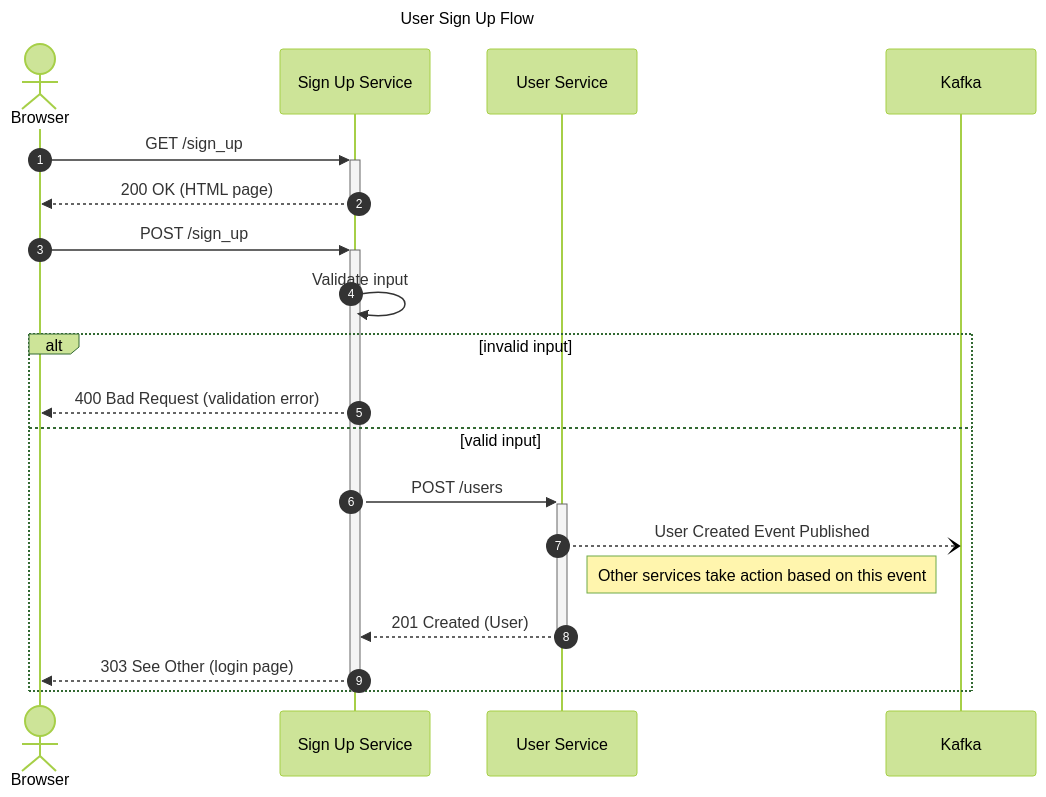
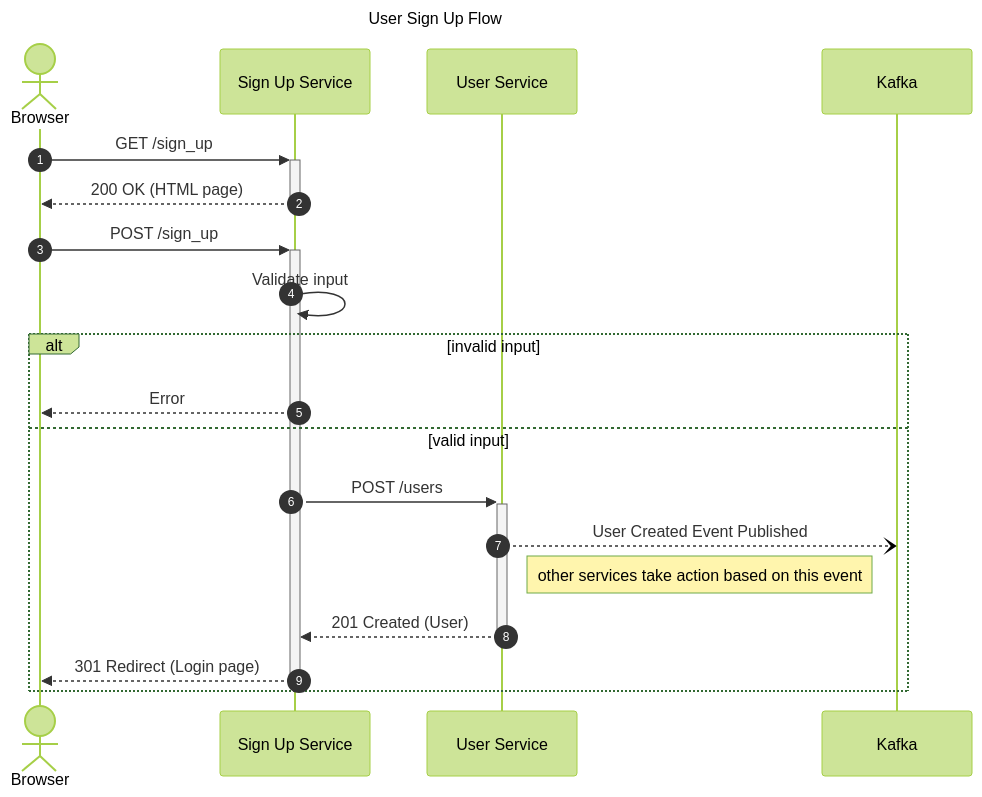
One commit to aliasgarov007-dot/Streamy-Software-Technology changed the fourth of 4 diagrams in README.md. Above: the diagram before and after it, drawn with Mermaid (forest theme). The commit also changed other lines of this file and 3 other files, not shown here.

````diff
--- a/README.md
+++ b/README.md
@@ -70,26 +77,25 @@
 ```mermaid
 ---
 title: User Sign Up Flow
 ---
 sequenceDiagram
-    autonumber
-    actor Browser
-    participant Signup as Sign Up Service
-    participant Users as User Service
-    participant Kafka
-    links Users: {"Repository": "https://example.com/user-service"}
-    Browser->>+Signup: GET /sign_up
-    Signup-->>-Browser: 200 OK (HTML page)
-    Browser->>+Signup: POST /sign_up
-    Signup->>Signup: Validate input
-    alt invalid input
-        Signup-->>Browser: 400 Bad Request (validation error)
-    else valid input
-        Signup->>+Users: POST /users
-        Users--)Kafka: User Created Event Published
-        Note left of Kafka: Other services take action based on this event
-        Users-->>-Signup: 201 Created (User)
-        Signup-->>Browser: 303 See Other (login page)
-    end
-    deactivate Signup
+autonumber
+actor Browser
+participant Sign Up Service
+participant User Service
+participant Kafka
+links User Service: {"Repository": "https://example.com/user-service"}
+Browser->>+Sign Up Service: GET /sign_up
+Sign Up Service-->>-Browser: 200 OK (HTML page)
+Browser->>+Sign Up Service: POST /sign_up
+Sign Up Service->>Sign Up Service: Validate input
+alt invalid input
+Sign Up Service-->>Browser: Error
+else valid input
+Sign Up Service->>+User Service: POST /users
+User Service--) Kafka: User Created Event Published
+Note left of Kafka: other services take action based on this event
+User Service-->>-Sign Up Service: 201 Created (User)
+Sign Up Service-->>-Browser: 301 Redirect (Login page)
+end
 ```
````
